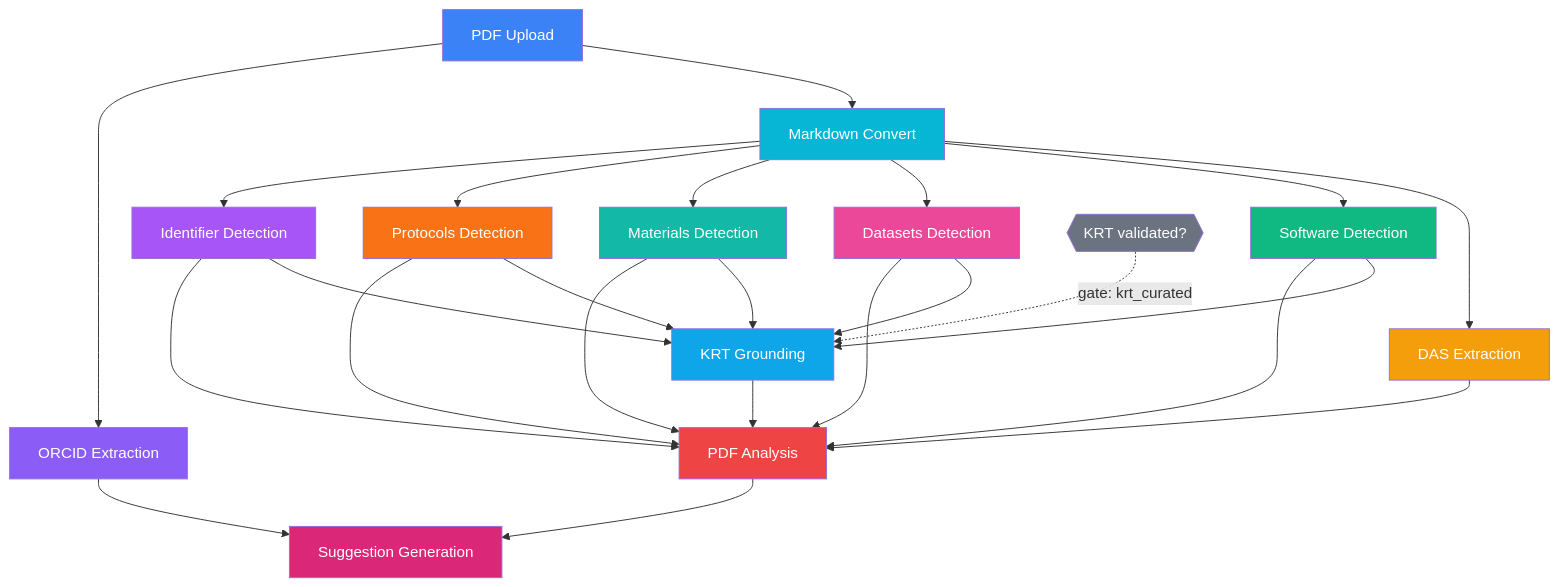
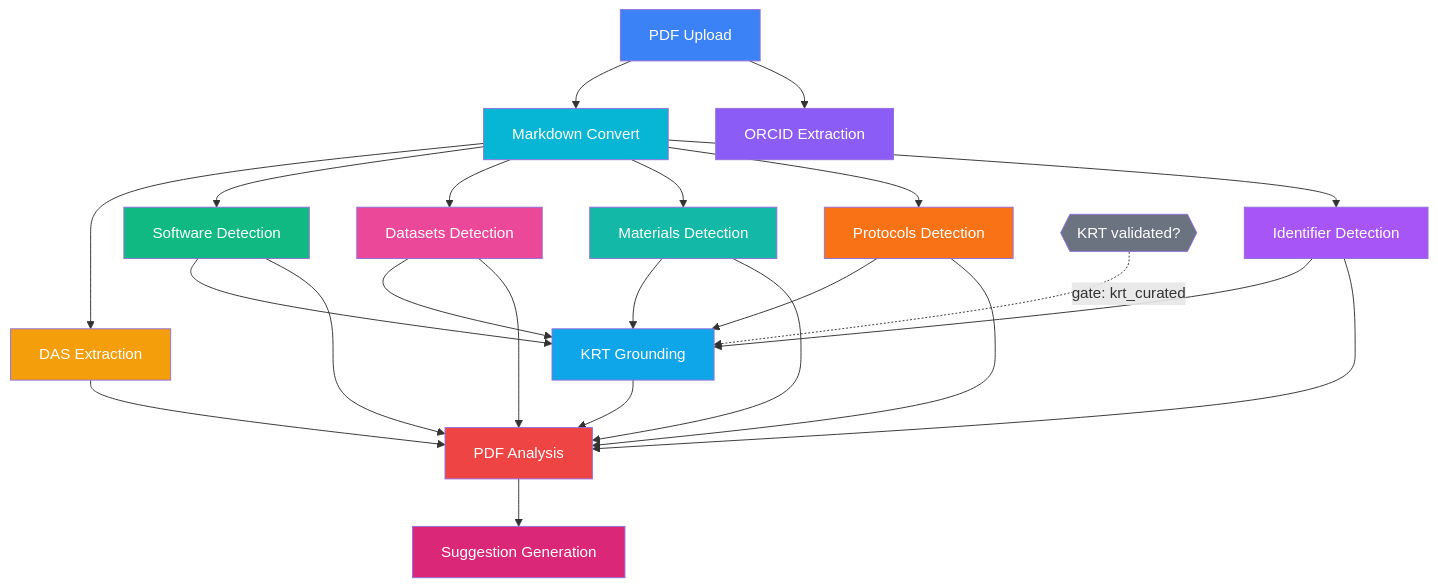
Before and after one commit to DataSeer/asap-kr-sync: the fourth of 4 diagrams in docs/architecture.md, drawn with Mermaid. The commit also changed other lines of this file and 10 other files, not shown here.

````diff
--- a/docs/architecture.md
+++ b/docs/architecture.md
@@ -196,40 +196,39 @@
 ```mermaid
 graph TD
     PDF[PDF Upload] --> MD[Markdown Convert]
     PDF --> ORCID[ORCID Extraction]
     MD --> DAS[DAS Extraction]
     MD --> SW[Software Detection]
     MD --> DS[Datasets Detection]
     MD --> MAT[Materials Detection]
     MD --> PROT[Protocols Detection]
     MD --> ID[Identifier Detection]
     SW --> KG[KRT Grounding]
     DS --> KG
     MAT --> KG
     PROT --> KG
     ID --> KG
     KRTV{{KRT validated?}} -.->|gate: krt_curated| KG
     DAS --> PA[PDF Analysis]
     SW --> PA
     DS --> PA
     MAT --> PA
     PROT --> PA
     ID --> PA
     KG --> PA
     PA --> SG[Suggestion Generation]
-    ORCID --> SG
 
     style PDF fill:#3b82f6,color:#fff
     style DAS fill:#f59e0b,color:#fff
     style SW fill:#10b981,color:#fff
     style ORCID fill:#8b5cf6,color:#fff
     style MD fill:#06b6d4,color:#fff
     style DS fill:#ec4899,color:#fff
     style MAT fill:#14b8a6,color:#fff
     style PROT fill:#f97316,color:#fff
     style ID fill:#a855f7,color:#fff
     style KG fill:#0ea5e9,color:#fff
     style PA fill:#ef4444,color:#fff
     style SG fill:#db2777,color:#fff
     style KRTV fill:#6b7280,color:#fff
 ```
````
